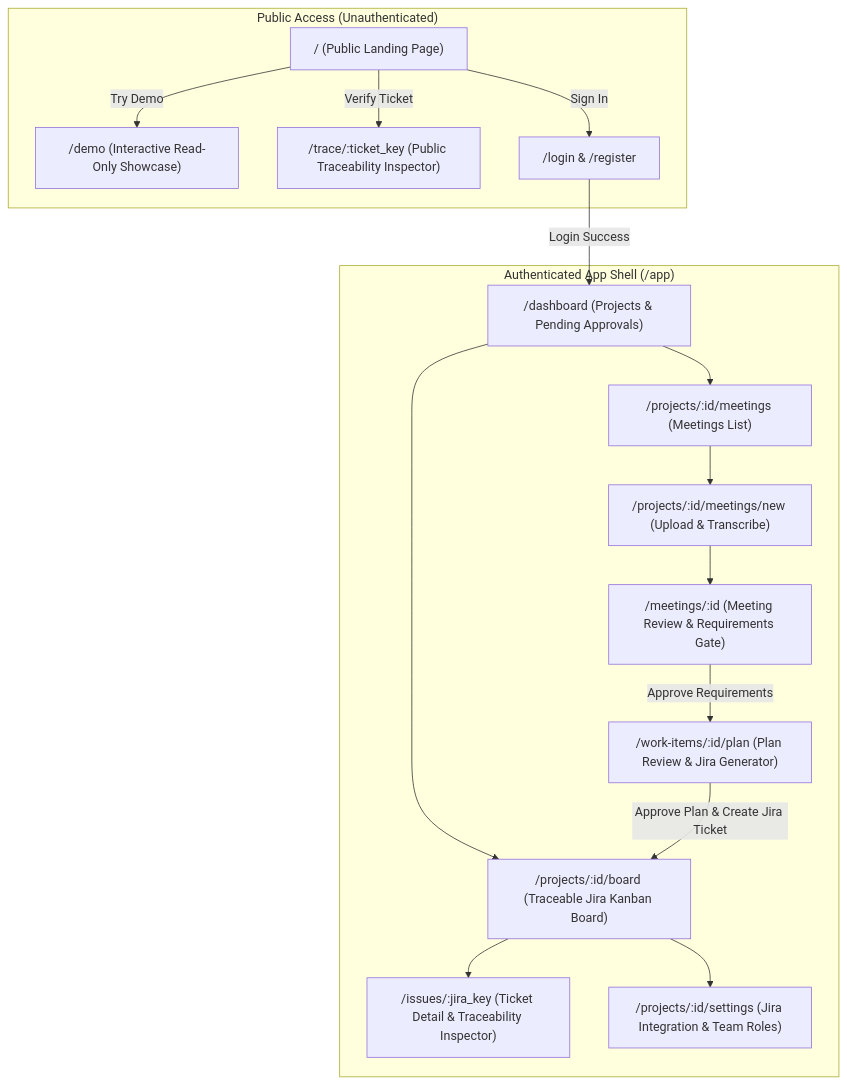
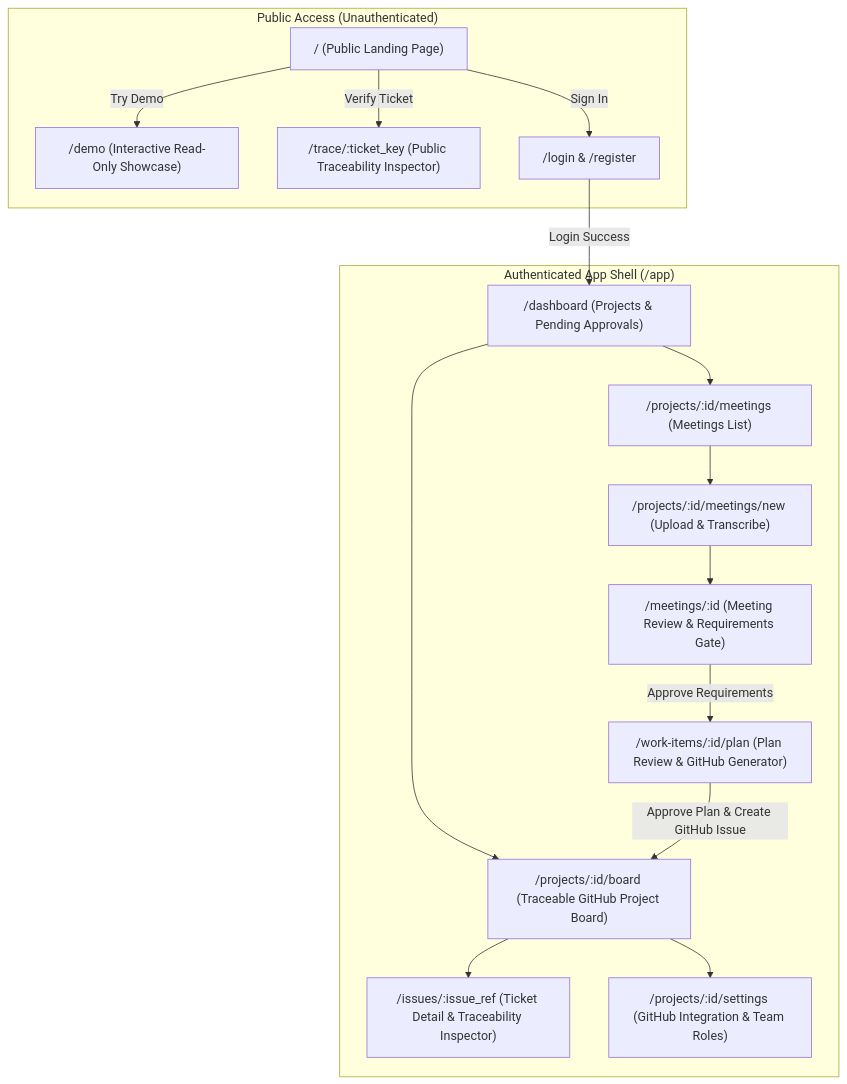
The diagram in docs/ui/README.md (yasmin-poc-works/tasktraceautomator), drawn with Mermaid before and after one commit. The commit also changed other lines of this file and 13 other files, not shown here.

Commit message:
Updated the architecture.

````diff
--- a/docs/ui/README.md
+++ b/docs/ui/README.md
@@ -20,33 +20,33 @@
 ```mermaid
 flowchart TD
     subgraph Public["Public Access (Unauthenticated)"]
         P1["/ (Public Landing Page)"]
         P2["/demo (Interactive Read-Only Showcase)"]
         P3["/trace/:ticket_key (Public Traceability Inspector)"]
         P4["/login & /register"]
     end
 
     subgraph AuthShell["Authenticated App Shell (/app)"]
         D["/dashboard (Projects & Pending Approvals)"]
         M1["/projects/:id/meetings (Meetings List)"]
         M2["/projects/:id/meetings/new (Upload & Transcribe)"]
         M3["/meetings/:id (Meeting Review & Requirements Gate)"]
-        PL1["/work-items/:id/plan (Plan Review & Jira Generator)"]
-        B1["/projects/:id/board (Traceable Jira Kanban Board)"]
-        T1["/issues/:jira_key (Ticket Detail & Traceability Inspector)"]
-        S1["/projects/:id/settings (Jira Integration & Team Roles)"]
+        PL1["/work-items/:id/plan (Plan Review & GitHub Generator)"]
+        B1["/projects/:id/board (Traceable GitHub Project Board)"]
+        T1["/issues/:issue_ref (Ticket Detail & Traceability Inspector)"]
+        S1["/projects/:id/settings (GitHub Integration & Team Roles)"]
     end
 
     P1 -->|Try Demo| P2
     P1 -->|Verify Ticket| P3
     P1 -->|Sign In| P4
     P4 -->|Login Success| D
     D --> M1
     D --> B1
     M1 --> M2
     M2 --> M3
     M3 -->|Approve Requirements| PL1
-    PL1 -->|Approve Plan & Create Jira Ticket| B1
+    PL1 -->|Approve Plan & Create GitHub Issue| B1
     B1 --> T1
     B1 --> S1
 ```
````
